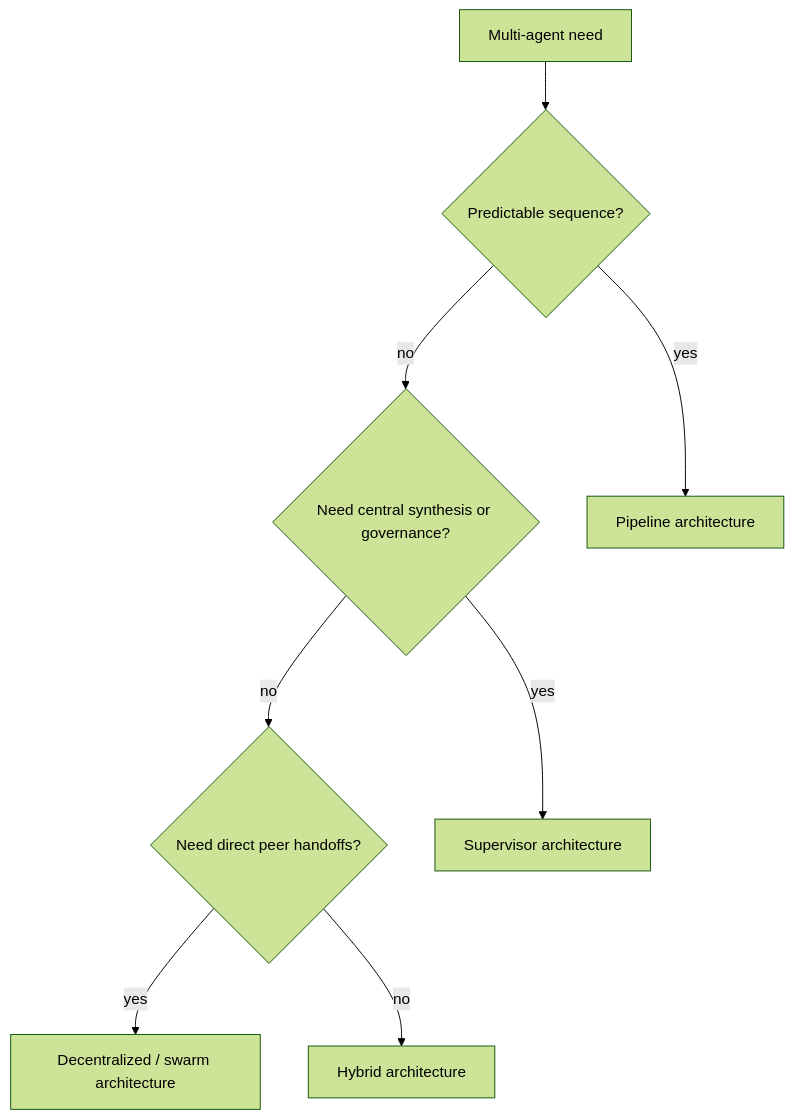
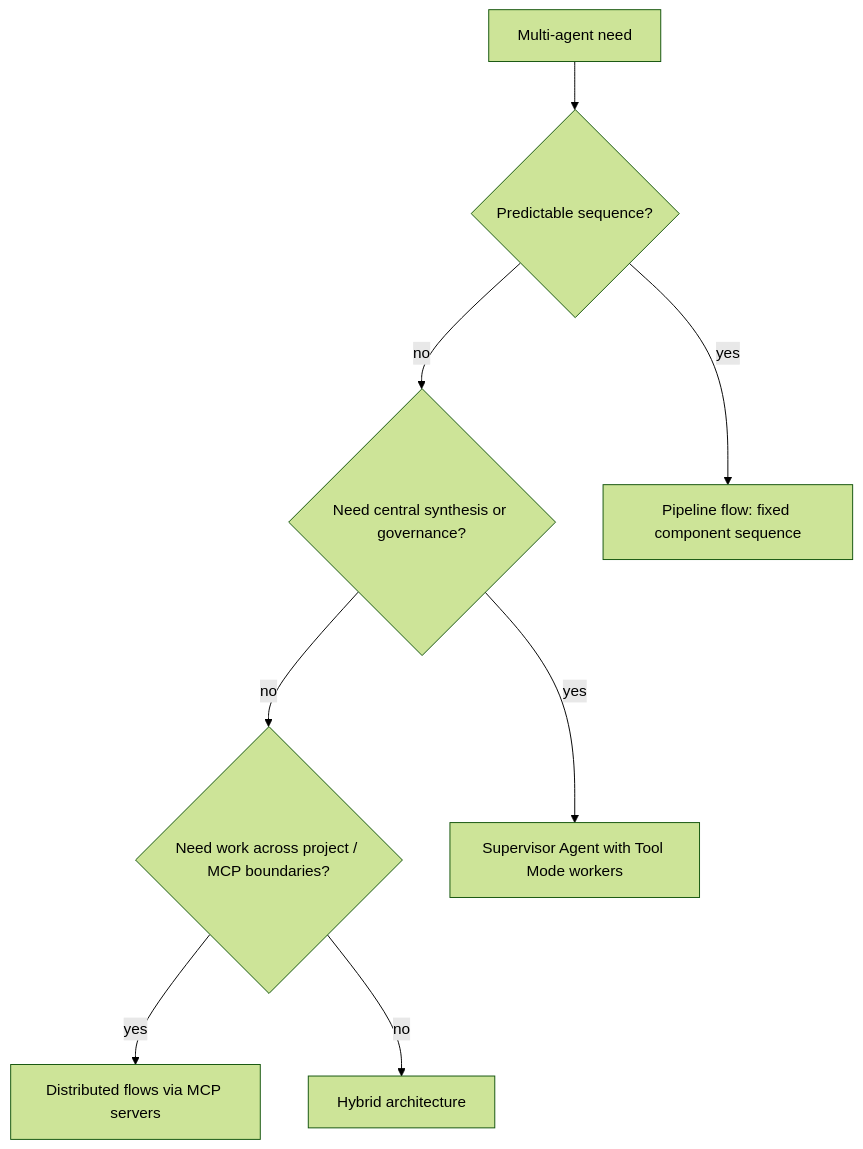
Before and after one commit to naren-allam/agents-beginners: the sixth of 12 diagrams in book/chapters/chapter-03-multi-agent-systems-and-collaboration.md, drawn with Mermaid (forest theme). The commit also changed other lines of this file and 28 other files, not shown here.

````diff
--- a/book/chapters/chapter-03-multi-agent-systems-and-collaboration.md
+++ b/book/chapters/chapter-03-multi-agent-systems-and-collaboration.md
@@ -163,19 +163,19 @@
 ```mermaid
 flowchart TD
     Need["Multi-agent need"]
     Predictable{"Predictable sequence?"}
     Central{"Need central synthesis or governance?"}
-    Peer{"Need direct peer handoffs?"}
-    Pipeline["Pipeline architecture"]
-    Supervisor["Supervisor architecture"]
-    Swarm["Decentralized / swarm architecture"]
+    Peer{"Need work across project / MCP boundaries?"}
+    Pipeline["Pipeline flow: fixed component sequence"]
+    Supervisor["Supervisor Agent with Tool Mode workers"]
+    Swarm["Distributed flows via MCP servers"]
     Hybrid["Hybrid architecture"]
 
     Need --> Predictable
     Predictable -- "yes" --> Pipeline
     Predictable -- "no" --> Central
     Central -- "yes" --> Supervisor
     Central -- "no" --> Peer
     Peer -- "yes" --> Swarm
     Peer -- "no" --> Hybrid
 ```
````
